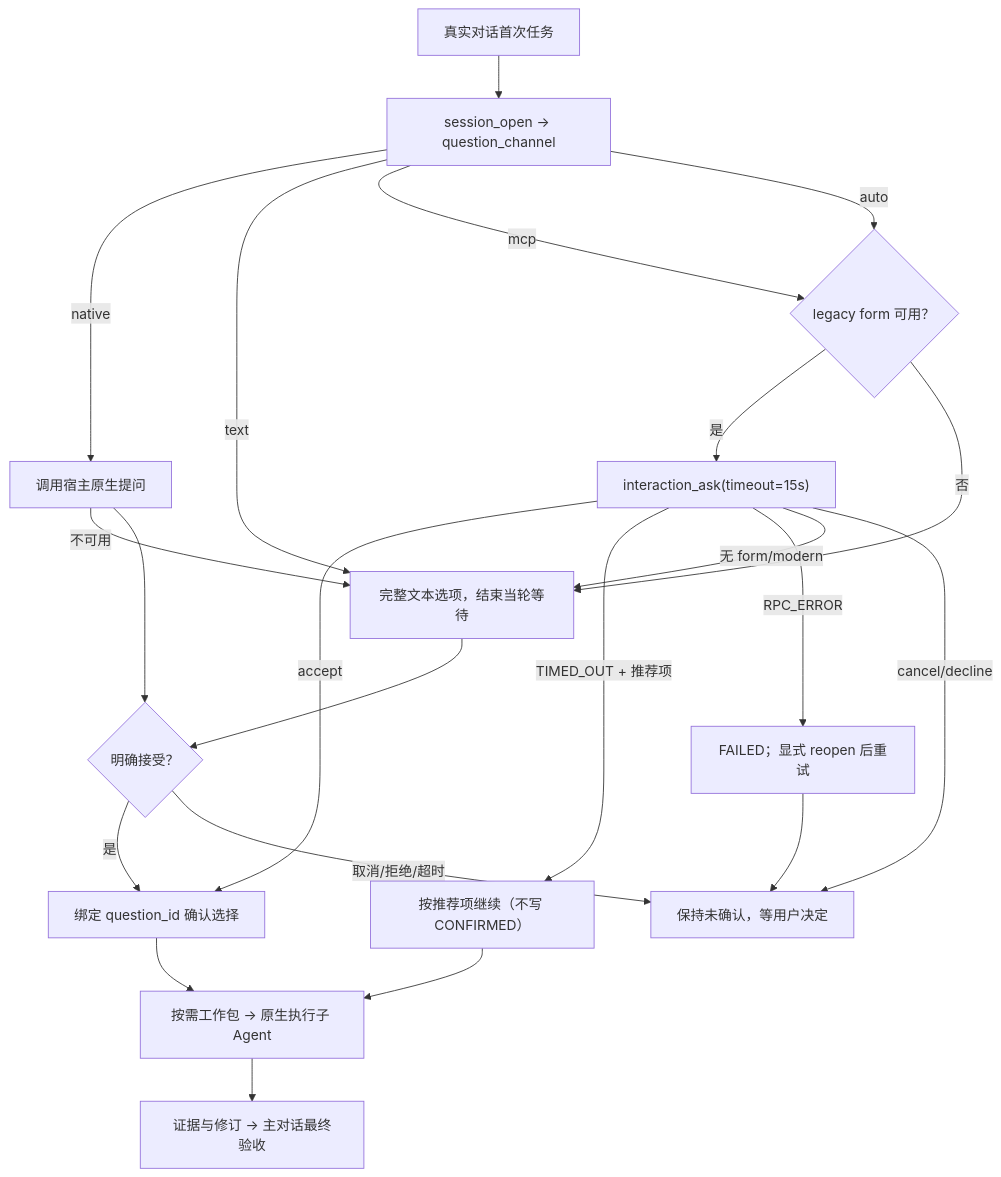
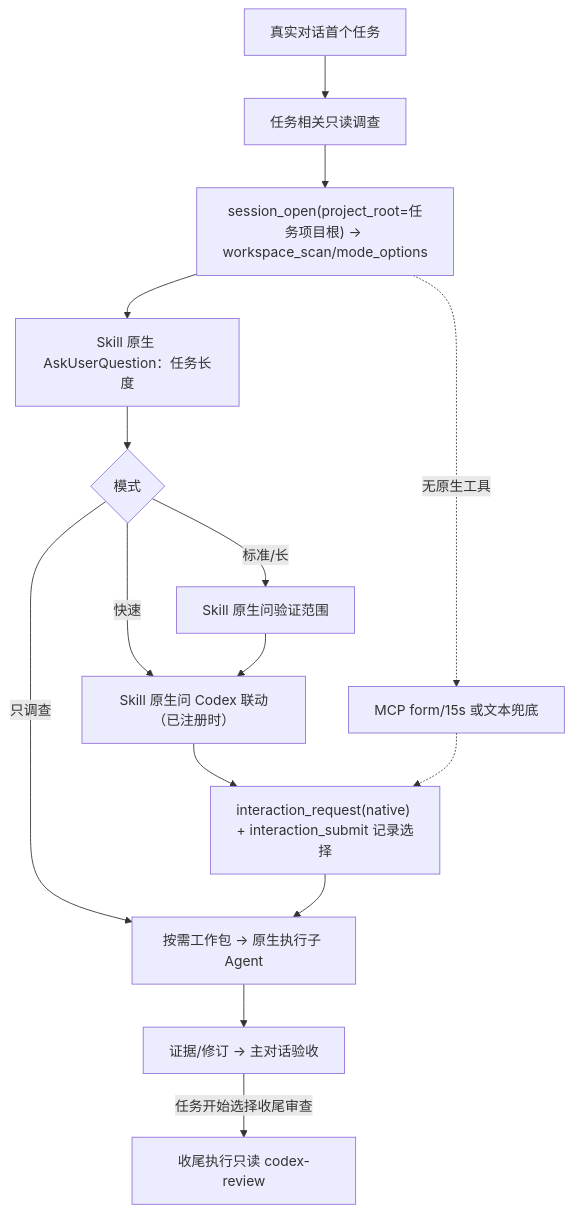
Before and after one commit to jinsc123654/single-conversation-subagent-skill: the diagram in README.md, drawn with Mermaid. The commit also changed other lines of this file, not shown here.

First line of the commit message:
docs: refresh overall design for skill-primary, MCP-collector architecture

````diff
--- a/README.md
+++ b/README.md
@@ -7,24 +7,17 @@
 ```mermaid
 flowchart TD
-  S["真实对话首次任务"] --> O["session_open → question_channel"]
-  O -->|native| A["调用宿主原生提问"]
-  O -->|text| T["完整文本选项，结束当轮等待"]
-  O -->|mcp| M{"legacy form 可用？"}
-  O -->|auto| M
-  M -->|是| E["interaction_ask(timeout=15s)"]
-  M -->|否| T
-  E -->|accept| Q
-  E -->|TIMED_OUT + 推荐项| C["按推荐项继续（不写 CONFIRMED）"]
-  E -->|RPC_ERROR| F["FAILED；显式 reopen 后重试"]
-  E -->|无 form/modern| T
-  E -->|cancel/decline| W
-  F --> W
-  A -->|不可用| T
-  A --> R{"明确接受？"}
-  T --> R
-  R -->|是| Q["绑定 question_id 确认选择"]
-  R -->|取消/拒绝/超时| W["保持未确认，等用户决定"]
-  C --> P["按需工作包 → 原生执行子 Agent"]
-  Q --> P
-  P --> V["证据与修订 → 主对话最终验收"]
+  S["真实对话首个任务"] --> I["任务相关只读调查"]
+  I --> O["session_open(project_root=任务项目根) → workspace_scan/mode_options"]
+  O --> A["Skill 原生 AskUserQuestion：任务长度"]
+  A --> M{"模式"}
+  M -->|标准/长| V["Skill 原生问验证范围"]
+  M -->|快速| K["Skill 原生问 Codex 联动（已注册时）"]
+  M -->|只调查| P
+  V --> K
+  K --> R["interaction_request(native) + interaction_submit 记录选择"]
+  R --> P["按需工作包 → 原生执行子 Agent"]
+  P --> E["证据/修订 → 主对话验收"]
+  E -->|任务开始选择收尾审查| X["收尾执行只读 codex-review"]
+  O -.->|无原生工具| F["MCP form/15s 或文本兜底"]
+  F -.-> R
 ```
````
